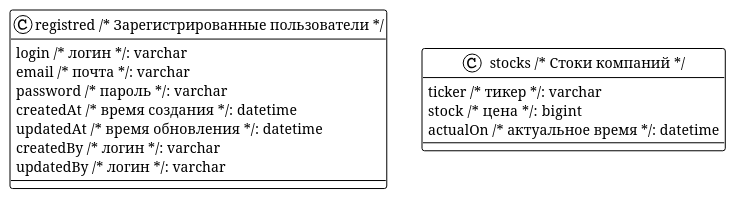
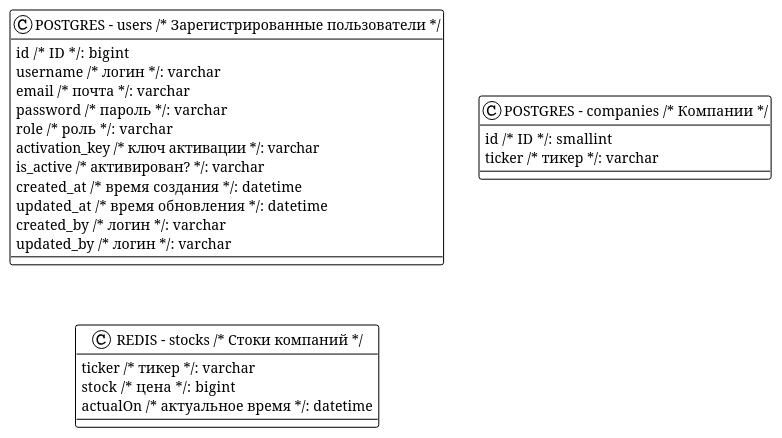
The diagram in docs/Data Model.puml (Viterg/stocks-feed), drawn with PlantUML before and after one commit. The commit also changed 22 other files, not shown here.

```diff
--- a/docs/Data Model.puml
+++ b/docs/Data Model.puml
@@ -1,23 +1,32 @@
 @startuml
 
 !theme plain
 top to bottom direction
 skinparam linetype ortho
 
-class node0 as "registred  /* Зарегистрированные пользователи */" {
-   login  /* логин */: varchar
+class node0 as "POSTGRES - users  /* Зарегистрированные пользователи */" {
+   id  /* ID */: bigint
+   username  /* логин */: varchar
    email  /* почта */: varchar
    password  /* пароль */: varchar
-   createdAt  /* время создания */: datetime
-   updatedAt  /* время обновления */: datetime
-   createdBy  /* логин */: varchar
-   updatedBy  /* логин */: varchar
+   role  /* роль */: varchar
+   activation_key  /* ключ активации */: varchar
+   is_active  /* активирован? */: varchar
+   created_at  /* время создания */: datetime
+   updated_at  /* время обновления */: datetime
+   created_by  /* логин */: varchar
+   updated_by  /* логин */: varchar
 }
 
-class node1 as "stocks  /* Стоки компаний */" {
+class node1 as "POSTGRES - companies  /* Компании */" {
+   id  /* ID */: smallint
+   ticker  /* тикер */: varchar
+}
+
+class node2 as "REDIS - stocks  /* Стоки компаний */" {
    ticker  /* тикер */: varchar
    stock  /* цена */: bigint
    actualOn  /* актуальное время */: datetime
 }
 
 @enduml
```
